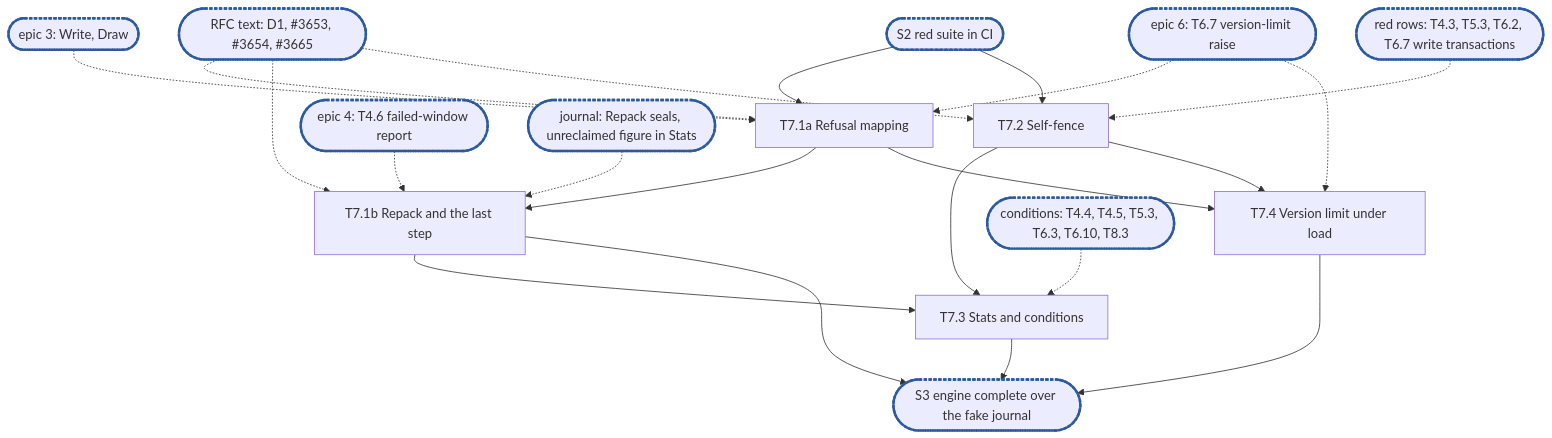
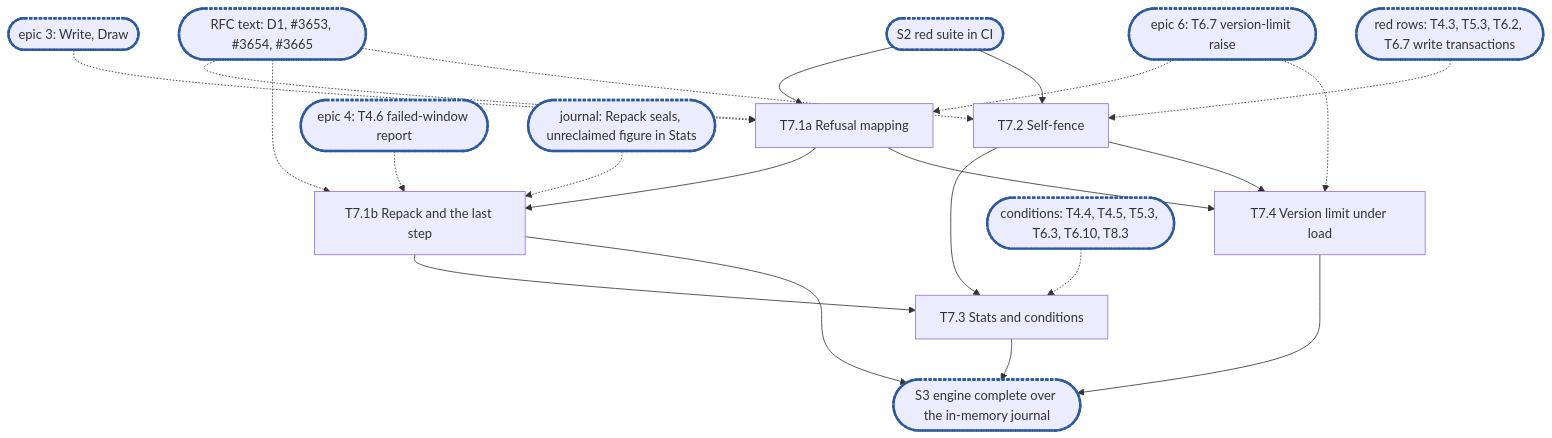
Before and after one commit to cubbit/dittofs: the diagram in docs/internals/planning/rfc-8-engine-epic7.md, drawn with Mermaid. The commit also changed other lines of this file and 8 other files, not shown here.

Commit message:
docs(planning): name the in-memory journal and the journal rows it is held to

````diff
--- a/docs/internals/planning/rfc-8-engine-epic7.md
+++ b/docs/internals/planning/rfc-8-engine-epic7.md
@@ -725,17 +722,17 @@
 ```mermaid
 flowchart TD
   S2(["S2 red suite in CI"]):::sync --> T7_1a["T7.1a Refusal mapping"]
   ep3(["epic 3: Write, Draw"]):::sync -.-> T7_1a
   ep6(["epic 6: T6.7 version-limit raise"]):::sync -.-> T7_1a & T7_4
   T7_1a --> T7_1b["T7.1b Repack and the last step"]
   ep4(["epic 4: T4.6 failed-window report"]):::sync -.-> T7_1b
   J(["journal: Repack seals, unreclaimed figure in Stats"]):::sync -.-> T7_1b
   rfc(["RFC text: D1, #3653, #3654, #3665"]):::sync -.-> T7_1a & T7_1b & T7_2
   S2 --> T7_2["T7.2 Self-fence"]
   tx(["red rows: T4.3, T5.3, T6.2, T6.7 write transactions"]):::sync -.-> T7_2
   T7_2 & T7_1b --> T7_3["T7.3 Stats and conditions"]
   cond(["conditions: T4.4, T4.5, T5.3, T6.3, T6.10, T8.3"]):::sync -.-> T7_3
   T7_2 & T7_1a --> T7_4["T7.4 Version limit under load"]
-  T7_1b & T7_3 & T7_4 --> S3(["S3 engine complete over the fake journal"]):::sync
+  T7_1b & T7_3 & T7_4 --> S3(["S3 engine complete over the in-memory journal"]):::sync
   classDef sync stroke:#2c5aa0,stroke-width:3px,stroke-dasharray:4 2
 ```
````
